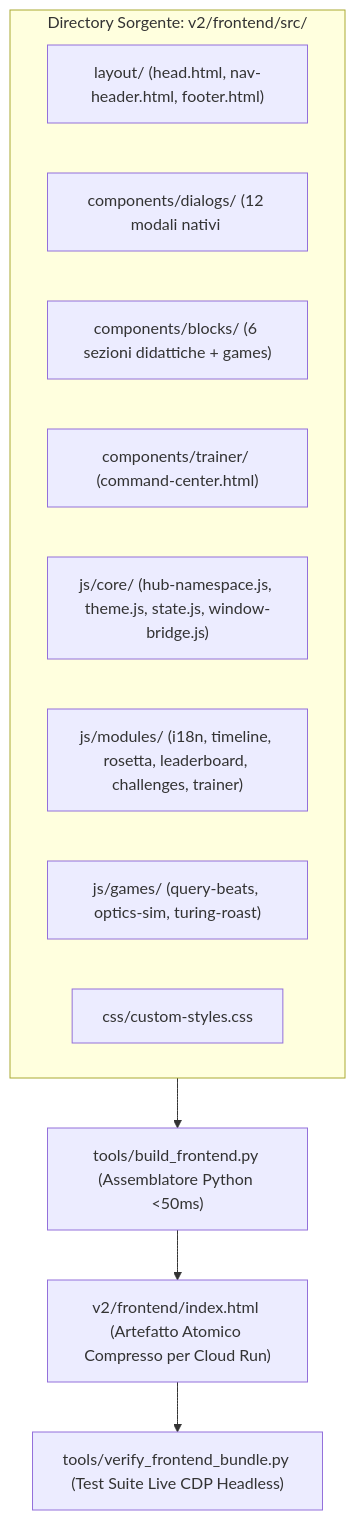
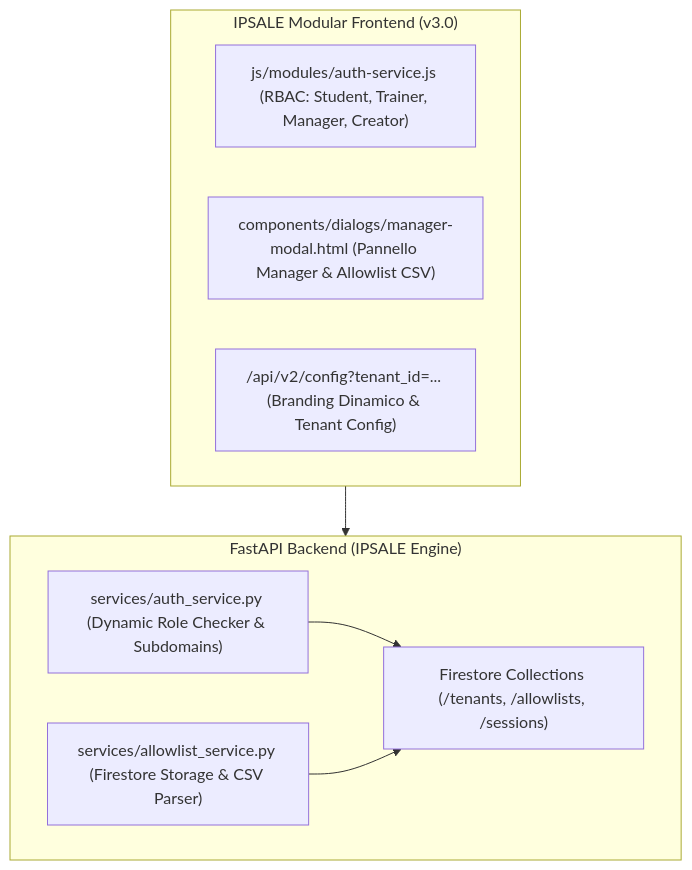
One commit to mauripsale/luxottica-bigquery-training changed the diagram in tasks/plan.md. Above: the diagram before and after it, drawn with Mermaid. The commit also changed other lines of this file and 19 other files, not shown here.

Commit message:
feat(ipsale-v3): implement manager role, tenant allowlist persistence, and FastAPI security dependencies

````diff
--- a/tasks/plan.md
+++ b/tasks/plan.md
@@ -10,21 +11,18 @@
 ```mermaid
 flowchart TD
-    subgraph SRC ["Directory Sorgente: v2/frontend/src/"]
-        L["layout/ (head.html, nav-header.html, footer.html)"]
-        D["components/dialogs/ (12 modali nativi <dialog>)"]
-        B["components/blocks/ (6 sezioni didattiche + games)"]
-        TC["components/trainer/ (command-center.html)"]
-        JC["js/core/ (hub-namespace.js, theme.js, state.js, window-bridge.js)"]
-        JM["js/modules/ (i18n, timeline, rosetta, leaderboard, challenges, trainer)"]
-        JG["js/games/ (query-beats, optics-sim, turing-roast)"]
-        CSS["css/custom-styles.css"]
+    subgraph Frontend ["IPSALE Modular Frontend (v3.0)"]
+        TC["js/modules/auth-service.js (RBAC: Student, Trainer, Manager, Creator)"]
+        MM["components/dialogs/manager-modal.html (Pannello Manager & Allowlist CSV)"]
+        CONF["/api/v2/config?tenant_id=... (Branding Dinamico & Tenant Config)"]
     end
 
-    BUILDER["tools/build_frontend.py (Assemblatore Python <50ms)"]
-    PROD["v2/frontend/index.html (Artefatto Atomico Compresso per Cloud Run)"]
-    CDP["tools/verify_frontend_bundle.py (Test Suite Live CDP Headless)"]
+    subgraph Backend ["FastAPI Backend (IPSALE Engine)"]
+        AUTH["services/auth_service.py (Dynamic Role Checker & Subdomains)"]
+        CSV["services/allowlist_service.py (Firestore Storage & CSV Parser)"]
+        STORE["Firestore Collections (/tenants, /allowlists, /sessions)"]
+    end
 
-    SRC --> BUILDER
-    BUILDER --> PROD
-    PROD --> CDP
+    Frontend --> Backend
+    AUTH --> STORE
+    CSV --> STORE
 ```
````
